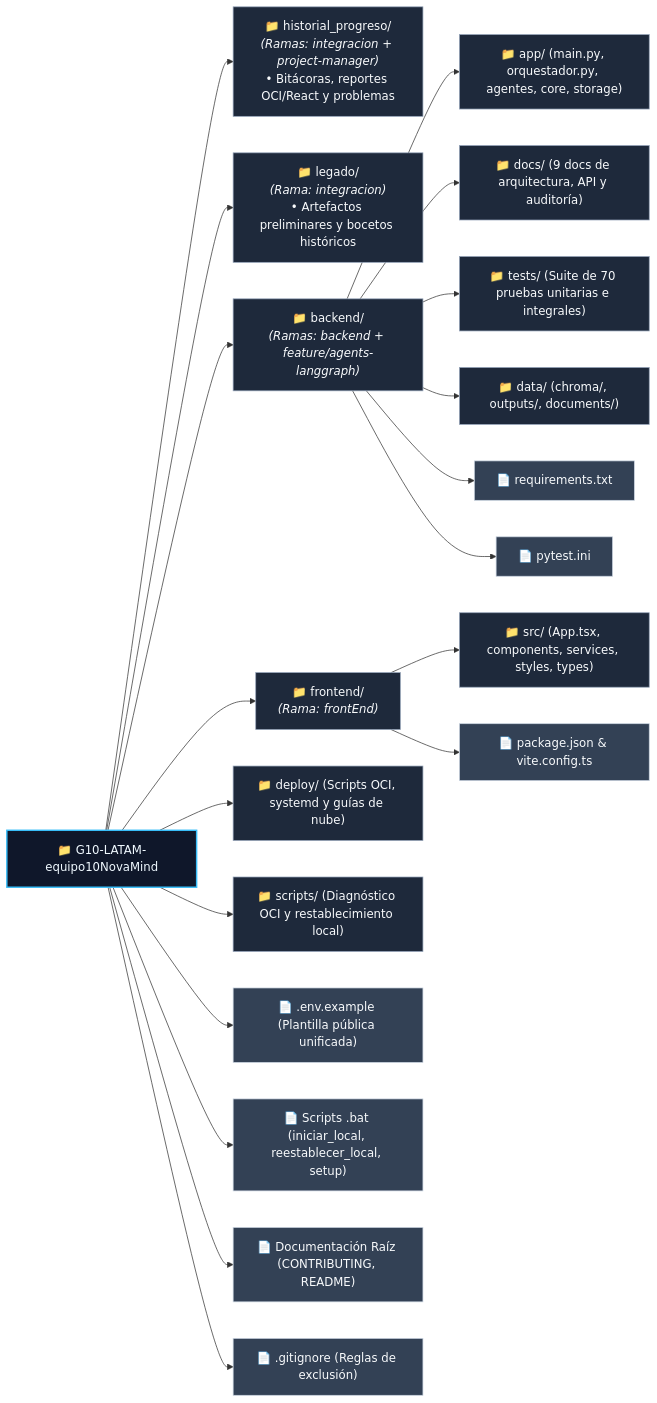
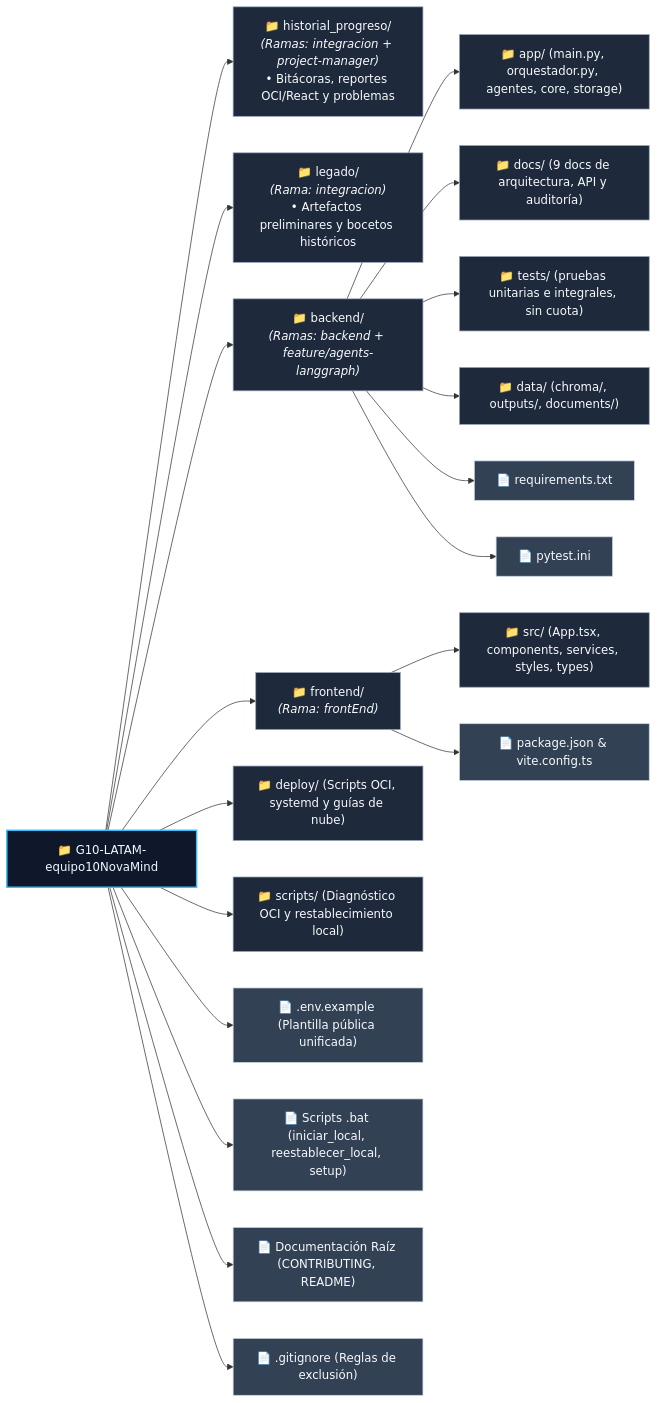
The third of 5 diagrams in README.md (No-Country-simulation/G10-LATAM-equipo10NovaMind), drawn with Mermaid before and after one commit. The commit also changed other lines of this file and 5 other files, not shown here.

````diff
--- a/README.md
+++ b/README.md
@@ -178,37 +178,37 @@
 ```mermaid
 graph LR
     %% Estilos
     classDef root fill:#0f172a,stroke:#38bdf8,stroke-width:2px,color:#f0f9ff;
     classDef dir fill:#1e293b,stroke:#94a3b8,stroke-width:1px,color:#f8fafc;
     classDef file fill:#334155,stroke:#cbd5e1,stroke-width:1px,color:#f8fafc;
 
     ROOT["📁 G10-LATAM-equipo10NovaMind"]:::root
 
     %% HISTORIAL Y LEGADO
     ROOT --> HP_DIR["📁 historial_progreso/<br/><i>(Ramas: integracion + project-manager)</i><br/>• Bitácoras, reportes OCI/React y problemas"]:::dir
     ROOT --> LEG_DIR["📁 legado/<br/><i>(Rama: integracion)</i><br/>• Artefactos preliminares y bocetos históricos"]:::dir
 
     %% BACKEND
     ROOT --> B_DIR["📁 backend/<br/><i>(Ramas: backend + feature/agents-langgraph)</i>"]:::dir
     B_DIR --> B_APP["📁 app/ (main.py, orquestador.py, agentes, core, storage)"]:::dir
     B_DIR --> B_DOCS["📁 docs/ (9 docs de arquitectura, API y auditoría)"]:::dir
-    B_DIR --> B_TESTS["📁 tests/ (Suite de 70 pruebas unitarias e integrales)"]:::dir
+    B_DIR --> B_TESTS["📁 tests/ (pruebas unitarias e integrales, sin cuota)"]:::dir
     B_DIR --> B_DATA["📁 data/ (chroma/, outputs/, documents/)"]:::dir
     B_DIR --> B_REQ["📄 requirements.txt"]:::file
     B_DIR --> B_INI["📄 pytest.ini"]:::file
 
     %% FRONTEND
     ROOT --> F_DIR["📁 frontend/<br/><i>(Rama: frontEnd)</i>"]:::dir
     F_DIR --> F_SRC["📁 src/ (App.tsx, components, services, styles, types)"]:::dir
     F_DIR --> F_PKG["📄 package.json & vite.config.ts"]:::file
 
     %% DEPLOY & SCRIPTS
     ROOT --> D_DIR["📁 deploy/ (Scripts OCI, systemd y guías de nube)"]:::dir
     ROOT --> S_DIR["📁 scripts/ (Diagnóstico OCI y restablecimiento local)"]:::dir
 
     %% RAÍZ
     ROOT --> R_ENV["📄 .env.example (Plantilla pública unificada)"]:::file
     ROOT --> R_BAT["📄 Scripts .bat (iniciar_local, reestablecer_local, setup)"]:::file
     ROOT --> R_DOC["📄 Documentación Raíz (CONTRIBUTING, README)"]:::file
     ROOT --> R_GIT["📄 .gitignore (Reglas de exclusión)"]:::file
 ```
````
